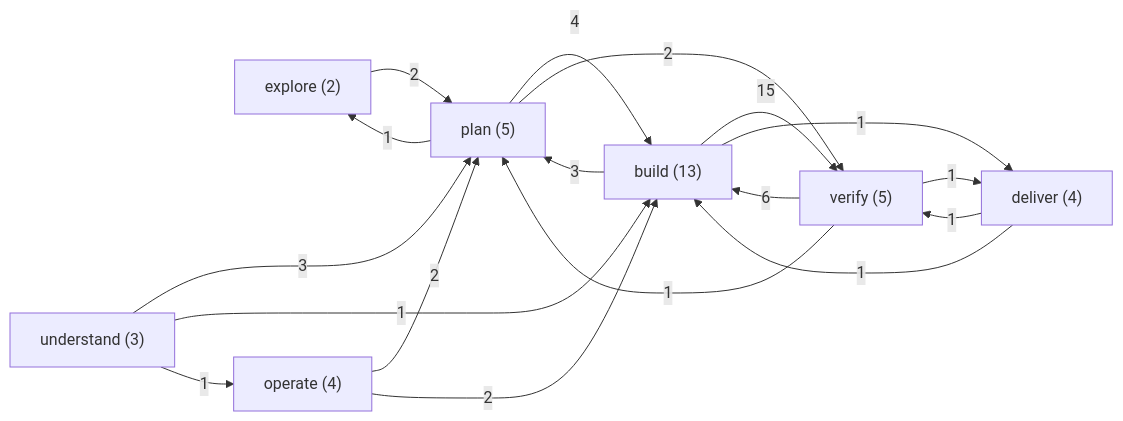
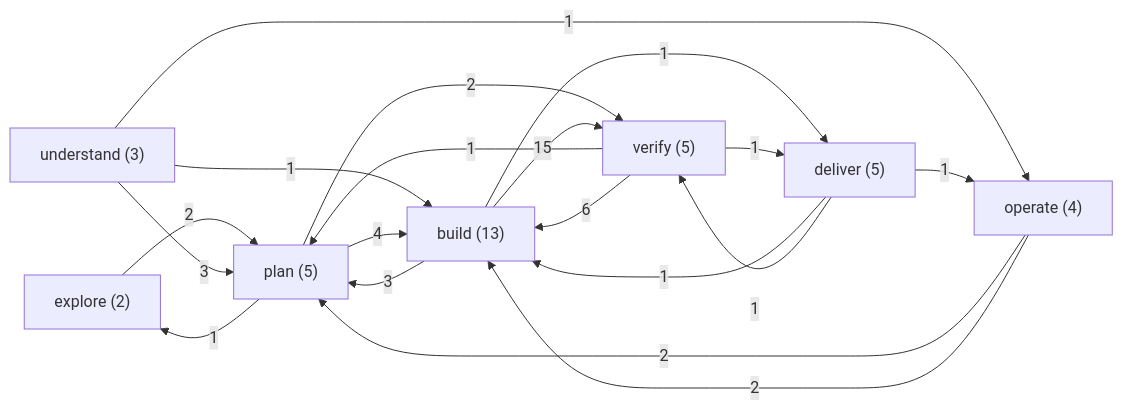
The first of 2 diagrams in docs/SKILL-MAP.md (emiliodominguez/flow-skills), drawn with Mermaid before and after one commit. The commit also changed other lines of this file and 14 other files, not shown here.

````diff
--- a/docs/SKILL-MAP.md
+++ b/docs/SKILL-MAP.md
@@ -14,27 +14,28 @@
 ```mermaid
 flowchart LR
   stage_explore["explore (2)"]
   stage_understand["understand (3)"]
   stage_plan["plan (5)"]
   stage_build["build (13)"]
   stage_verify["verify (5)"]
-  stage_deliver["deliver (4)"]
+  stage_deliver["deliver (5)"]
   stage_operate["operate (4)"]
   stage_explore -->|2| stage_plan
   stage_understand -->|3| stage_plan
   stage_understand -->|1| stage_build
   stage_understand -->|1| stage_operate
   stage_plan -->|1| stage_explore
   stage_plan -->|4| stage_build
   stage_plan -->|2| stage_verify
   stage_build -->|3| stage_plan
   stage_build -->|15| stage_verify
   stage_build -->|1| stage_deliver
   stage_verify -->|1| stage_plan
   stage_verify -->|6| stage_build
   stage_verify -->|1| stage_deliver
   stage_deliver -->|1| stage_build
   stage_deliver -->|1| stage_verify
+  stage_deliver -->|1| stage_operate
   stage_operate -->|2| stage_plan
   stage_operate -->|2| stage_build
 ```
````
